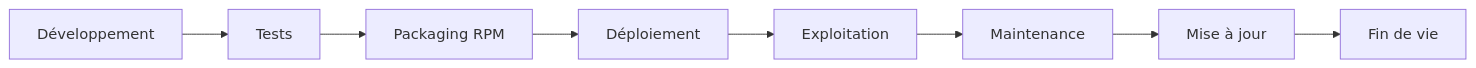
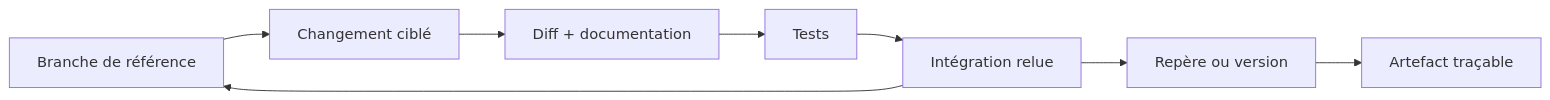
Before and after one commit to tdelaclos/formations: the sixth of 7 diagrams in campagne 1/1.10-creation-laboratoire-sentinel.md, drawn with Mermaid. The commit also changed other lines of this file and 10 other files, not shown here.

````diff
--- a/campagne 1/1.10-creation-laboratoire-sentinel.md
+++ b/campagne 1/1.10-creation-laboratoire-sentinel.md
@@ -549,27 +186,10 @@
 ```mermaid
 flowchart LR
-
-A["Développement"]
-
-B["Tests"]
-
-C["Packaging RPM"]
-
-D["Déploiement"]
-
-E["Exploitation"]
-
-F["Maintenance"]
-
-G["Mise à jour"]
-
-H["Fin de vie"]
-
-A --> B
-B --> C
-C --> D
-D --> E
-E --> F
-F --> G
-G --> H
+    Main["Branche de référence"] --> Change["Changement ciblé"]
+    Change --> Review["Diff + documentation"]
+    Review --> Tests["Tests"]
+    Tests --> Merge["Intégration relue"]
+    Merge --> Main
+    Merge --> Tag["Repère ou version"]
+    Tag --> Artifact["Artefact traçable"]
 ```
````
